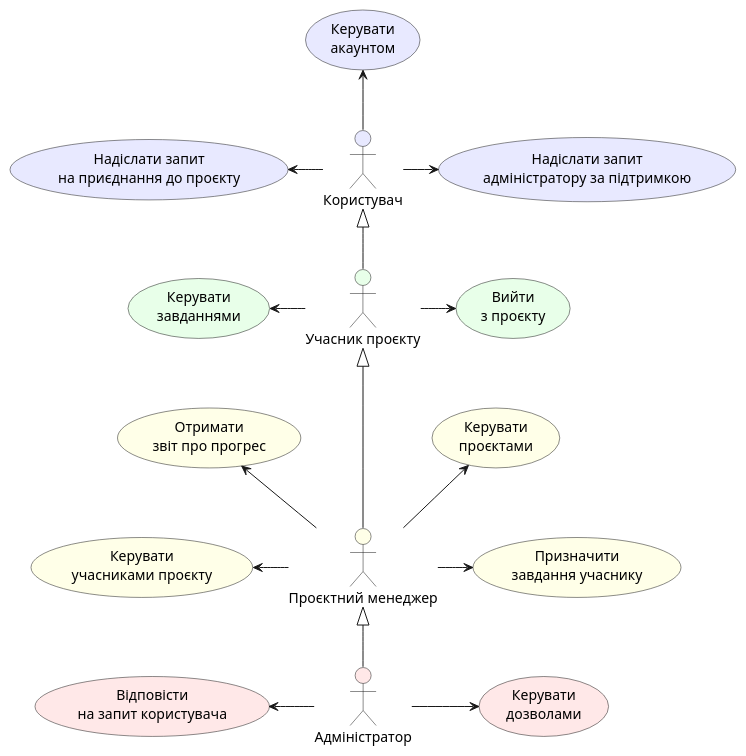
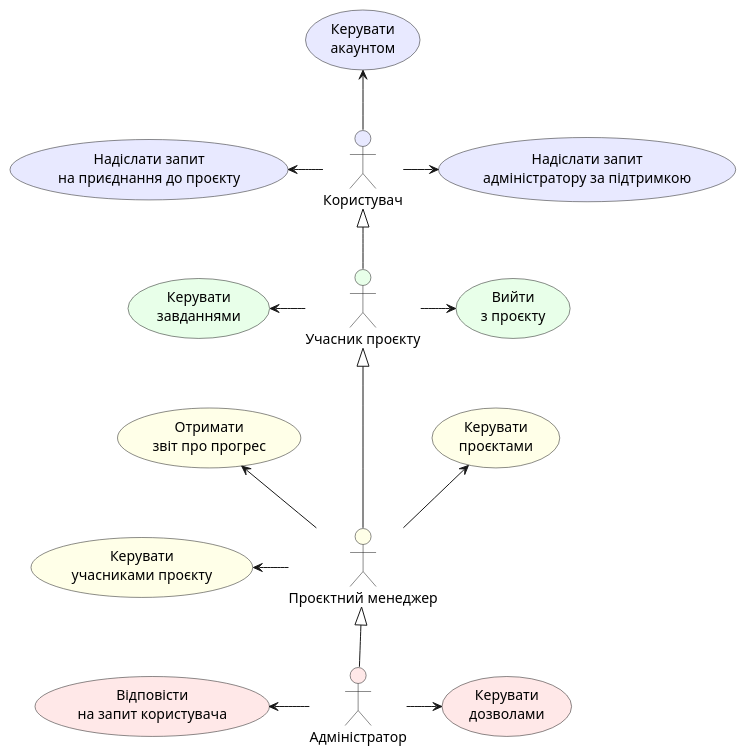
The first of 5 diagrams in docs/use cases/README.md (bohdanbulakh/databases-labs), drawn with PlantUML before and after one commit.

Commit message:
fix: fixed general scheme

```diff
--- a/docs/use cases/README.md
+++ b/docs/use cases/README.md
@@ -13,51 +13,48 @@
 @startuml
 
     actor "Користувач" as User #e8e9ff
     actor "Учасник проєкту" as ProjectMember #e8ffe9
     actor "Проєктний менеджер" as ProjectManager #ffffe8
     actor "Адміністратор" as Admin #ffe8e8
 
     ProjectMember -u-|> User
     ProjectManager -u-|> ProjectMember
     Admin -u-|> ProjectManager
 
     usecase "Керувати\nакаунтом" as AccountManage #e8e9ff
     usecase "Надіслати запит\nна приєднання до проєкту" as SendProjectConnectRequest #e8e9ff
     usecase "Надіслати запит\nадміністратору за підтримкою" as SendHelpRequest #e8e9ff
 
     User -u-> AccountManage
     User -l-> SendProjectConnectRequest
     User -r-> SendHelpRequest
 
     usecase "Керувати\nзавданнями" as TaskManage #e8ffe9
     usecase "Вийти\nз проєкту" as LeaveProject #e8ffe9
 
     SendHelpRequest -d[hidden]-> LeaveProject
     SendProjectConnectRequest -d[hidden]-> TaskManage
 
     ProjectMember -l-> TaskManage
     ProjectMember -r-> LeaveProject
 
     usecase "Керувати\nпроєктами" as ProjectManage #ffffe8
     usecase "Керувати\nучасниками проєкту" as ProjectMemberManage #ffffe8
-    usecase "Призначити\nзавдання учаснику" as AssignTask #ffffe8
     usecase "Отримати\nзвіт про прогрес" as GetProgressReport #ffffe8
 
     LeaveProject -d[hidden]-> ProjectManage
     TaskManage -d[hidden]-> GetProgressReport
 
     ProjectManager -u-> ProjectManage
     ProjectManager -u-> GetProgressReport
     ProjectManager -l-> ProjectMemberManage
-    ProjectManager -r-> AssignTask
 
     usecase "Керувати\nдозволами" as ManagePermissions #ffe8e8
     usecase "Відповісти\nна запит користувача" as AnswerUserQuestion #ffe8e8
 
     ProjectMemberManage -d[hidden]-> AnswerUserQuestion
-    ManagePermissions -u[hidden]-> AssignTask
 
     Admin -r-> ManagePermissions
     Admin -l-> AnswerUserQuestion
 
 @enduml
```
